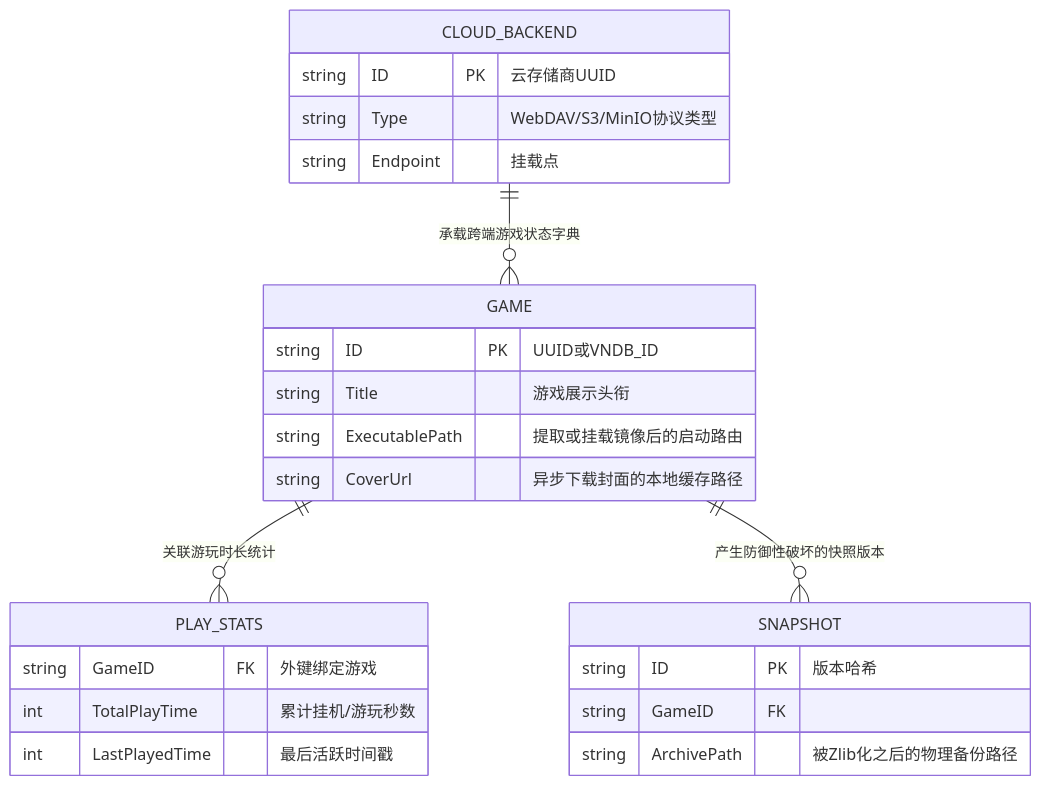
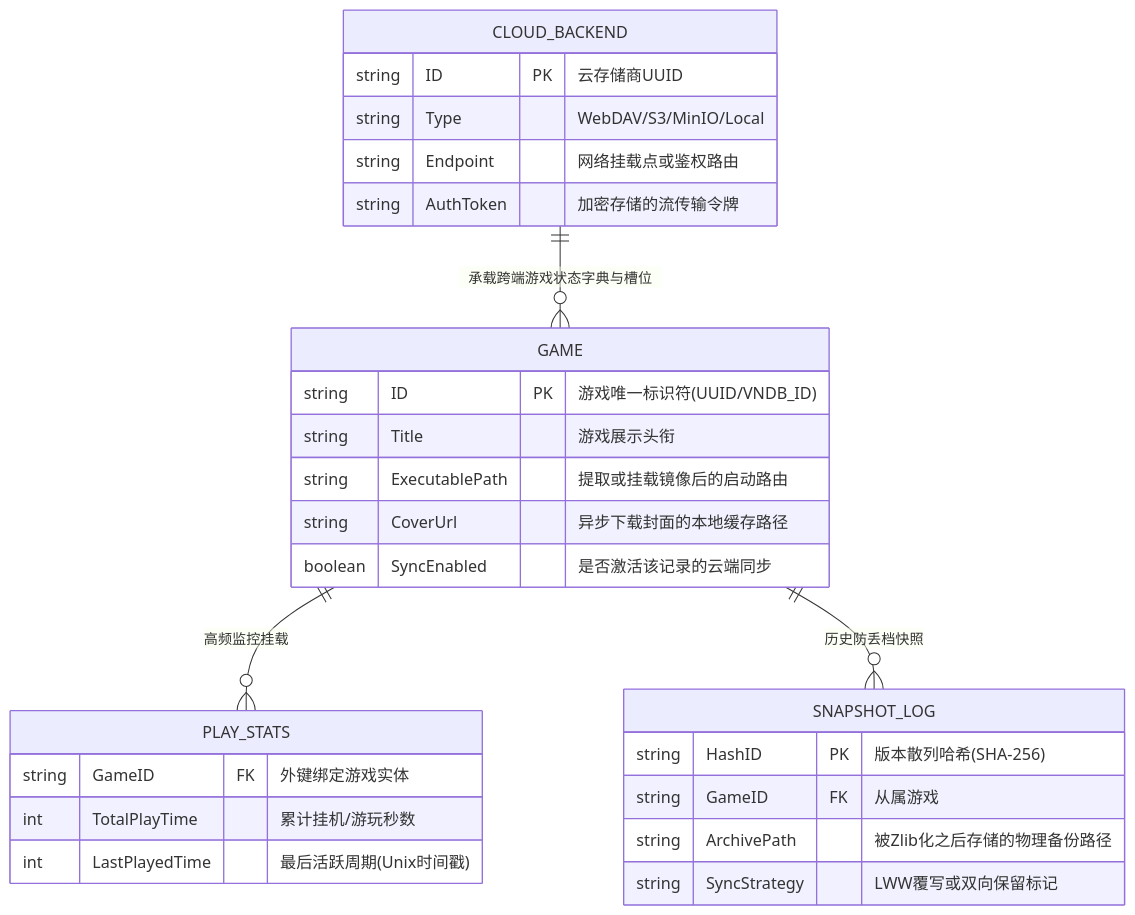
One commit to Roxy-DD/galremote changed the fifth of 5 diagrams in thesis/chapter4/system_design.md. Above: the diagram before and after it, drawn with Mermaid. The commit also changed other lines of this file, not shown here.

Commit message:
docs(thesis): enhance ER model and local persistence section in Chapter 4

````diff
--- a/thesis/chapter4/system_design.md
+++ b/thesis/chapter4/system_design.md
@@ -165,28 +167,31 @@
 ```mermaid
 erDiagram
     GAME {
-        string ID PK "UUID或VNDB_ID"
+        string ID PK "游戏唯一标识符(UUID/VNDB_ID)"
         string Title "游戏展示头衔"
         string ExecutablePath "提取或挂载镜像后的启动路由"
         string CoverUrl "异步下载封面的本地缓存路径"
+        boolean SyncEnabled "是否激活该记录的云端同步"
     }
     PLAY_STATS {
-        string GameID FK "外键绑定游戏"
+        string GameID FK "外键绑定游戏实体"
         int TotalPlayTime "累计挂机/游玩秒数"
-        int LastPlayedTime "最后活跃时间戳"
+        int LastPlayedTime "最后活跃周期(Unix时间戳)"
     }
     CLOUD_BACKEND {
         string ID PK "云存储商UUID"
-        string Type "WebDAV/S3/MinIO协议类型"
-        string Endpoint "挂载点"
+        string Type "WebDAV/S3/MinIO/Local"
+        string Endpoint "网络挂载点或鉴权路由"
+        string AuthToken "加密存储的流传输令牌"
     }
-    SNAPSHOT {
-        string ID PK "版本哈希"
-        string GameID FK
-        string ArchivePath "被Zlib化之后的物理备份路径"
+    SNAPSHOT_LOG {
+        string HashID PK "版本散列哈希(SHA-256)"
+        string GameID FK "从属游戏"
+        string ArchivePath "被Zlib化之后存储的物理备份路径"
+        string SyncStrategy "LWW覆写或双向保留标记"
     }
 
-    GAME ||--o{ PLAY_STATS : "关联游玩时长统计"
-    GAME ||--o{ SNAPSHOT : "产生防御性破坏的快照版本"
-    CLOUD_BACKEND ||--o{ GAME : "承载跨端游戏状态字典"
+    GAME ||--o{ PLAY_STATS : "高频监控挂载"
+    GAME ||--o{ SNAPSHOT_LOG : "历史防丢档快照"
+    CLOUD_BACKEND ||--o{ GAME : "承载跨端游戏状态字典与槽位"
 ```
````
